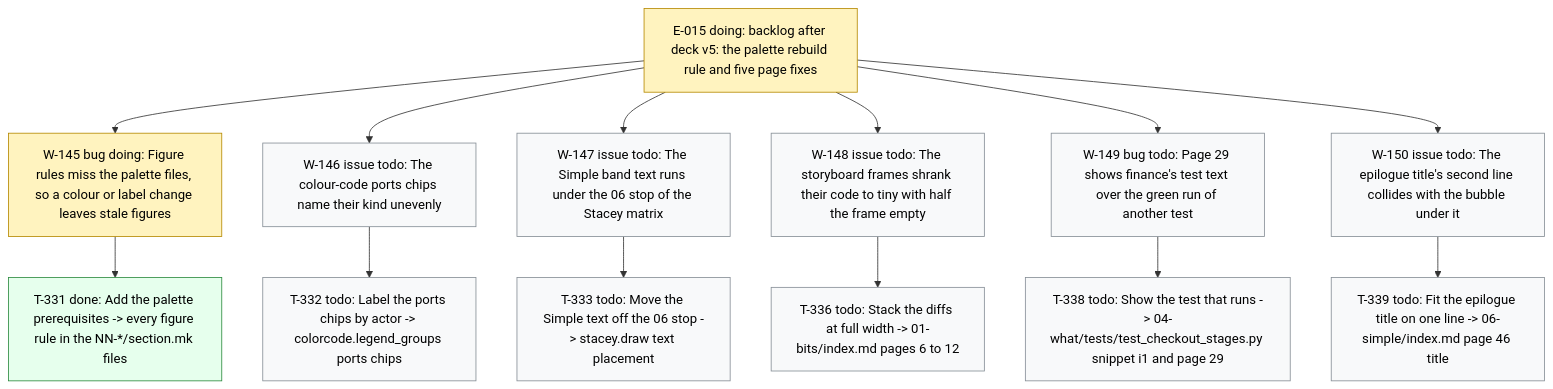
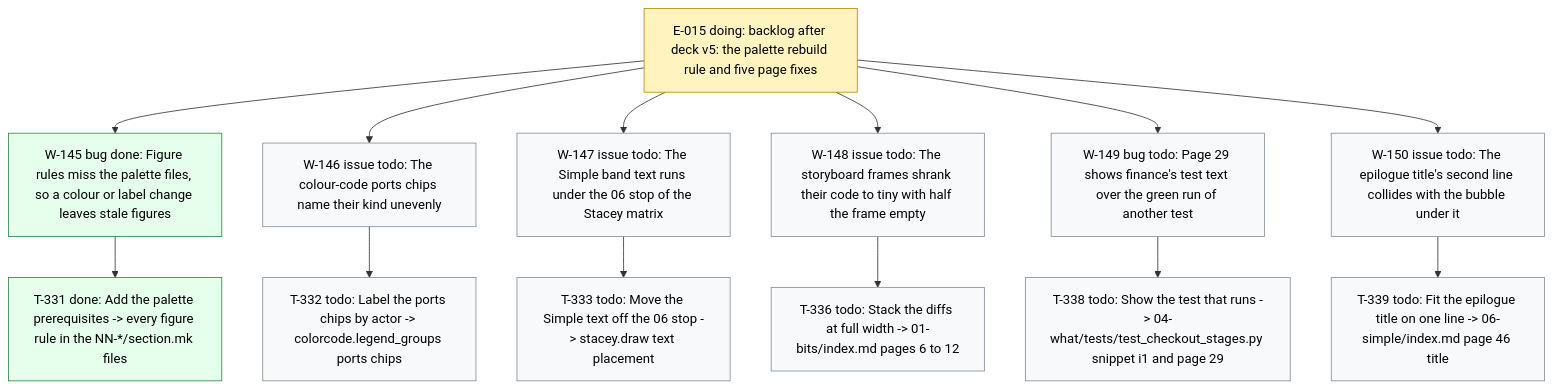
One commit to dpopchev/chaos-to-simple changed the diagram in .board/BOARD.md. Above: the diagram before and after it, drawn with Mermaid. The commit also changed other lines of this file and 1 other file, not shown here.

Commit message:
chore(board): close W-145 -- landed
Refs: W-145

````diff
--- a/.board/BOARD.md
+++ b/.board/BOARD.md
@@ -859,24 +859,24 @@
 ```mermaid
 flowchart TD
   E015["E-015 doing: backlog after deck v5: the palette rebuild rule and five page fixes"]
-  E015 --> W145["W-145 bug doing: Figure rules miss the palette files, so a colour or label change leaves stale figures"]
+  E015 --> W145["W-145 bug done: Figure rules miss the palette files, so a colour or label change leaves stale figures"]
   W145 --> T331["T-331 done: Add the palette prerequisites -> every figure rule in the NN-*/section.mk files"]
   E015 --> W146["W-146 issue todo: The colour-code ports chips name their kind unevenly"]
   W146 --> T332["T-332 todo: Label the ports chips by actor -> colorcode.legend_groups ports chips"]
   E015 --> W147["W-147 issue todo: The Simple band text runs under the 06 stop of the Stacey matrix"]
   W147 --> T333["T-333 todo: Move the Simple text off the 06 stop -> stacey.draw text placement"]
   E015 --> W148["W-148 issue todo: The storyboard frames shrank their code to tiny with half the frame empty"]
   W148 --> T336["T-336 todo: Stack the diffs at full width -> 01-bits/index.md pages 6 to 12"]
   E015 --> W149["W-149 bug todo: Page 29 shows finance's test text over the green run of another test"]
   W149 --> T338["T-338 todo: Show the test that runs -> 04-what/tests/test_checkout_stages.py snippet i1 and page 29"]
   E015 --> W150["W-150 issue todo: The epilogue title's second line collides with the bubble under it"]
   W150 --> T339["T-339 todo: Fit the epilogue title on one line -> 06-simple/index.md page 46 title"]
   classDef doing fill:#fff3bf,stroke:#b58900,color:#000;
   classDef blocked fill:#ffe3e3,stroke:#c92a2a,color:#000;
   classDef done fill:#e6ffed,stroke:#2b8a3e,color:#000;
   classDef todo fill:#f8f9fa,stroke:#868e96,color:#000;
   classDef pruned fill:#f1f3f5,stroke:#adb5bd,color:#000;
-  class E015,W145 doing
-  class T331 done
+  class E015 doing
+  class W145,T331 done
   class W146,T332,W147,T333,W148,T336,W149,T338,W150,T339 todo
 ```
````
